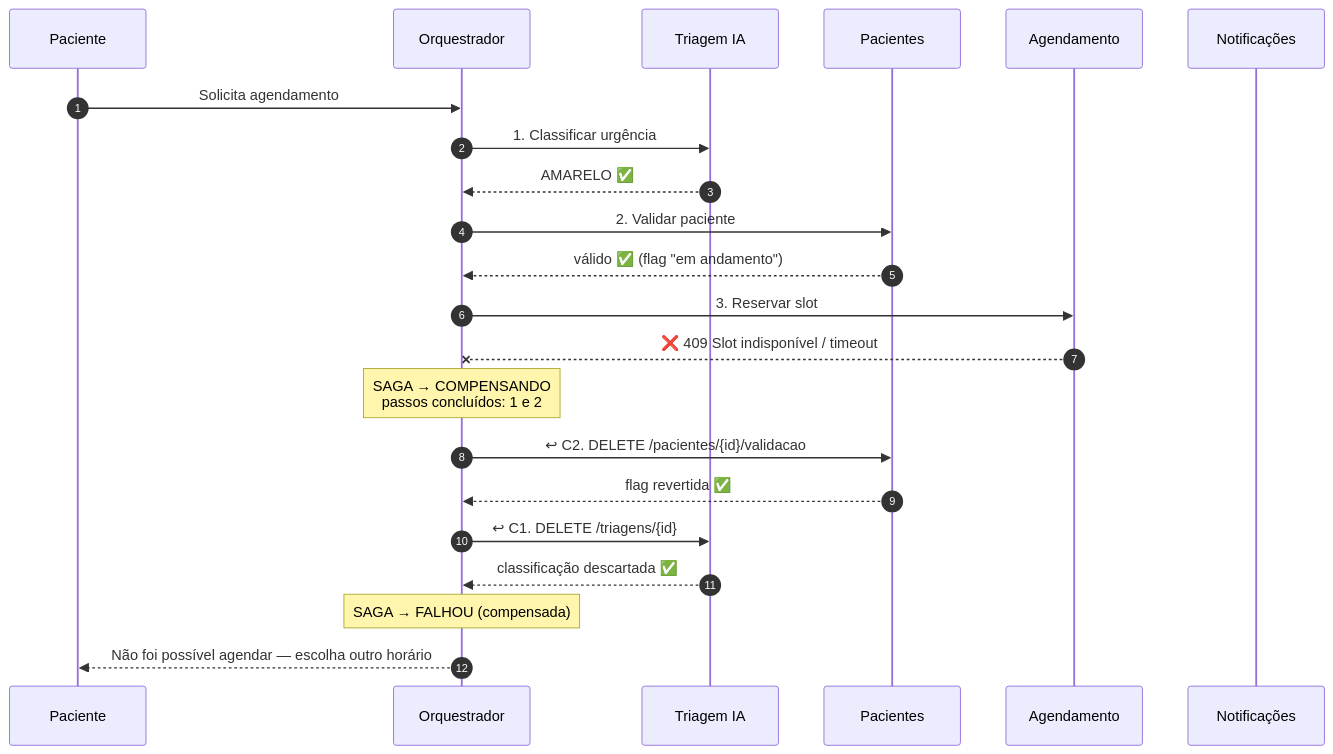
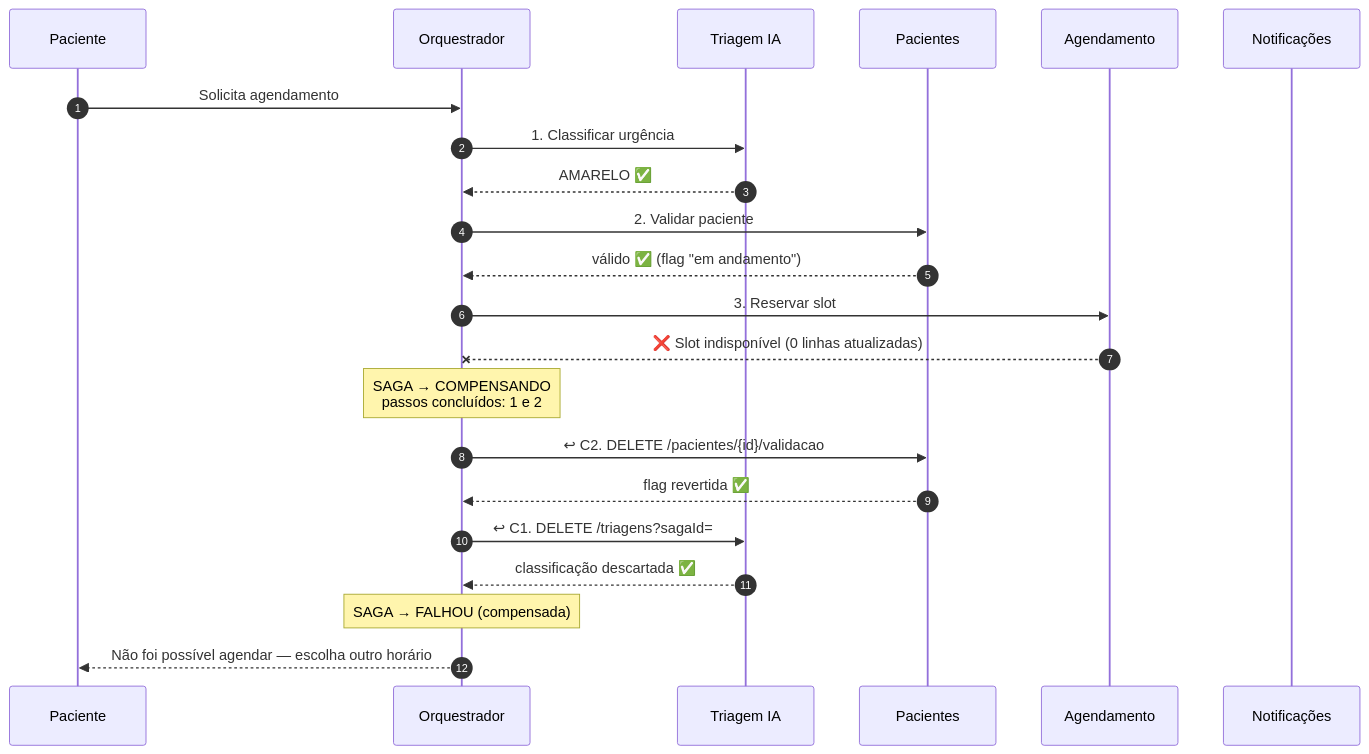
Before and after one commit to multiheros/saude-conecta: the second of 4 diagrams in docs/arquitetura/saga-agendamento.md, drawn with Mermaid. The commit also changed other lines of this file and 13 other files, not shown here.

````diff
--- a/docs/arquitetura/saga-agendamento.md
+++ b/docs/arquitetura/saga-agendamento.md
@@ -81,25 +88,25 @@
 ```mermaid
 sequenceDiagram
     autonumber
     participant P as Paciente
     participant O as Orquestrador
     participant TR as Triagem IA
     participant PA as Pacientes
     participant AG as Agendamento
     participant NO as Notificações
 
     P->>O: Solicita agendamento
     O->>TR: 1. Classificar urgência
     TR-->>O: AMARELO ✅
     O->>PA: 2. Validar paciente
     PA-->>O: válido ✅ (flag "em andamento")
     O->>AG: 3. Reservar slot
-    AG--xO: ❌ 409 Slot indisponível / timeout
+    AG--xO: ❌ Slot indisponível (0 linhas atualizadas)
     Note over O: SAGA → COMPENSANDO<br/>passos concluídos: 1 e 2
     O->>PA: ↩ C2. DELETE /pacientes/{id}/validacao
     PA-->>O: flag revertida ✅
-    O->>TR: ↩ C1. DELETE /triagens/{id}
+    O->>TR: ↩ C1. DELETE /triagens?sagaId=
     TR-->>O: classificação descartada ✅
     Note over O: SAGA → FALHOU (compensada)
     O-->>P: Não foi possível agendar — escolha outro horário
 ```
````
